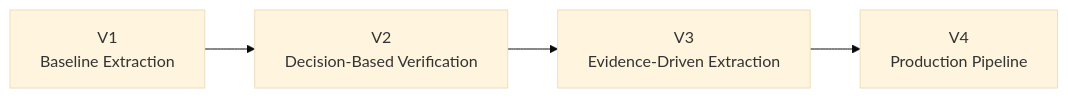
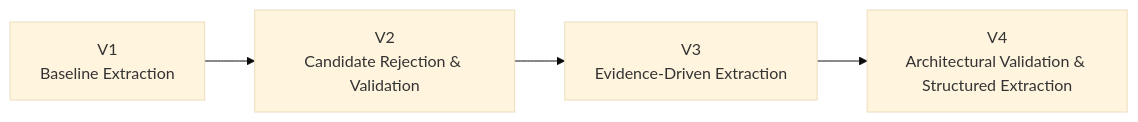
One commit to Waleed99i/RISCV-Architectural-Parameters-Extraction changed the first of 2 diagrams in README.md. Above: the diagram before and after it, drawn with Mermaid (base theme). The commit also changed other lines of this file, not shown here.

````diff
--- a/README.md
+++ b/README.md
@@ -75,15 +28,9 @@
 ```mermaid
 flowchart LR
+    V1["V1<br/>Baseline Extraction"]
+    V2["V2<br/>Candidate Rejection & Validation"]
+    V3["V3<br/>Evidence-Driven Extraction"]
+    V4["V4<br/>Architectural Validation & Structured Extraction"]
 
-V1[V1<br/>Baseline Extraction]
-
-V2[V2<br/>Decision-Based Verification]
-
-V3[V3<br/>Evidence-Driven Extraction]
-
-V4[V4<br/>Production Pipeline]
-
-V1 --> V2
-V2 --> V3
-V3 --> V4
+    V1 --> V2 --> V3 --> V4
 ```
````
